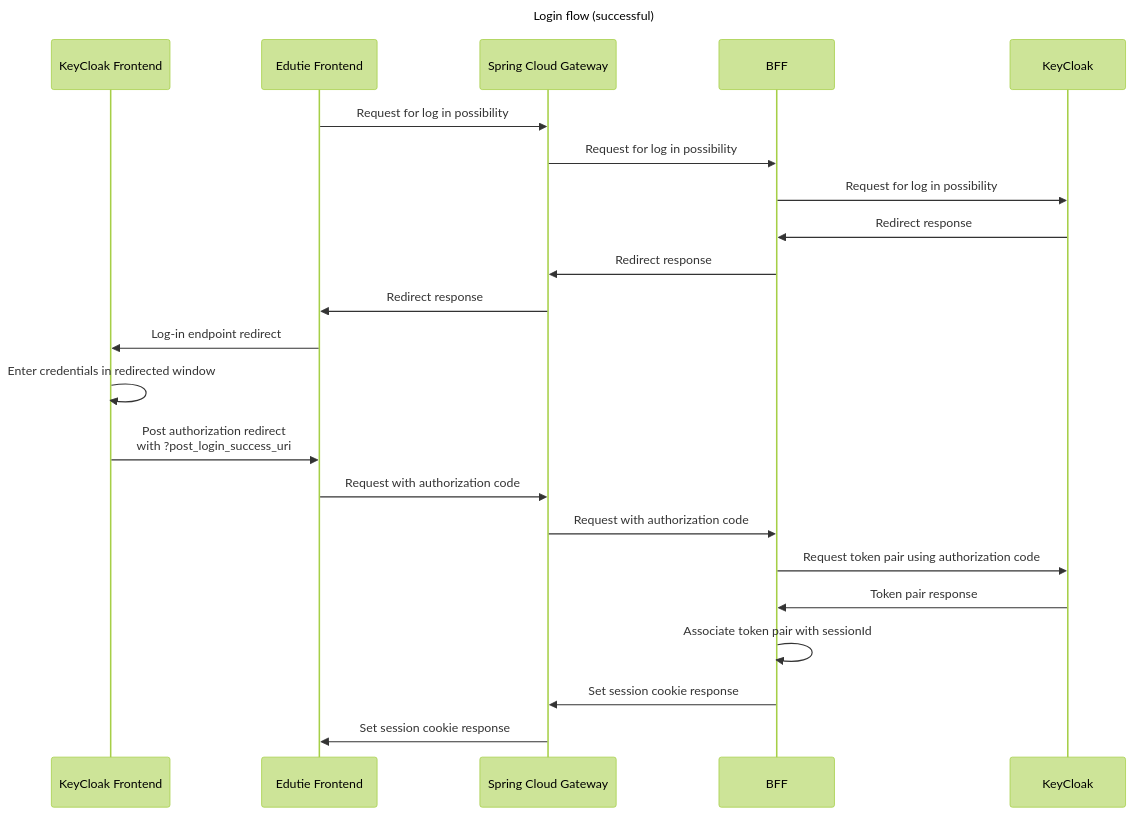
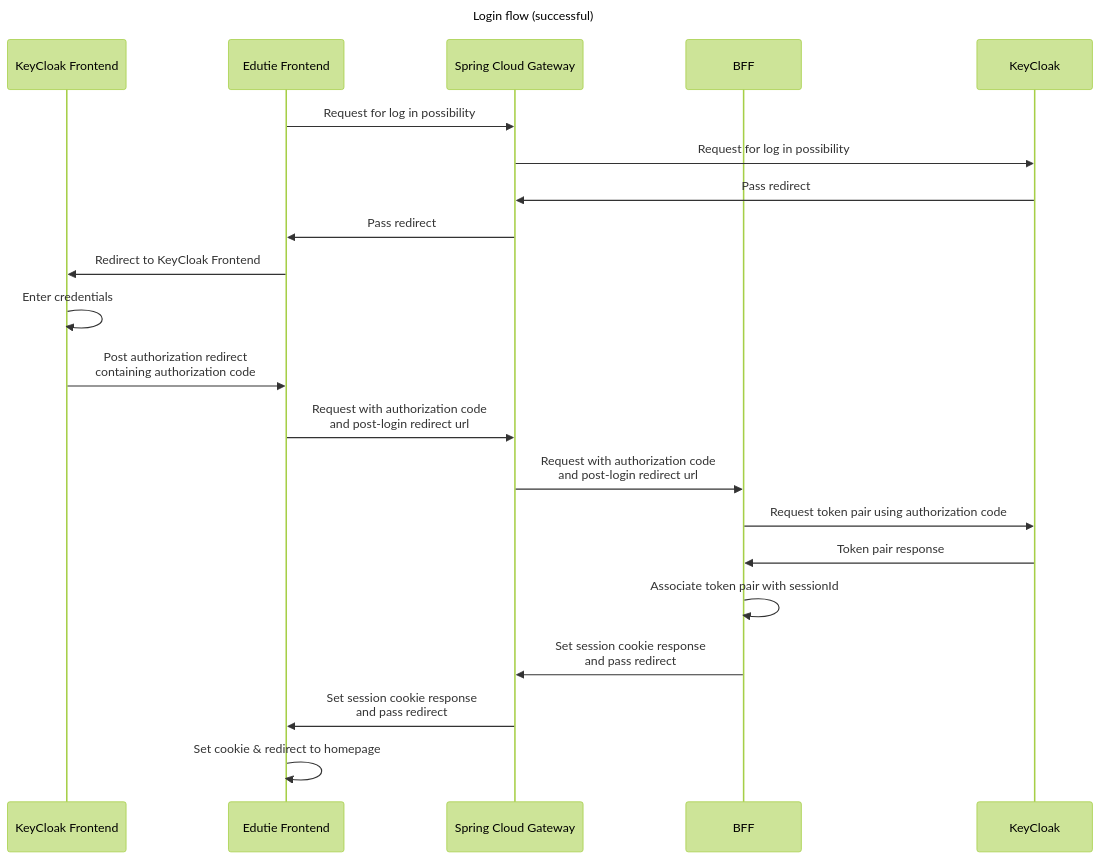
One commit to EdutieProject/edutie-backend changed the first of 2 diagrams in docs/auth/readme.md. Above: the diagram before and after it, drawn with Mermaid (forest theme).

Commit message:
Login mermaid alignment

````diff
--- a/docs/auth/readme.md
+++ b/docs/auth/readme.md
@@ -10,29 +10,28 @@
 ```mermaid
 ---
 title: Login flow (successful)
 ---
 sequenceDiagram
-    participant KeyCloak Frontend
+   participant KeyCloak Frontend
     participant Edutie Frontend
     participant Spring Cloud Gateway
     participant BFF
     participant KeyCloak
     
     Edutie Frontend->>Spring Cloud Gateway: Request for log in possibility
-    Spring Cloud Gateway->>BFF: Request for log in possibility
-    BFF->>KeyCloak: Request for log in possibility
-    KeyCloak->>BFF: Redirect response
-    BFF->>Spring Cloud Gateway : Redirect response
-    Spring Cloud Gateway->>Edutie Frontend: Redirect response
-    Edutie Frontend->>KeyCloak Frontend: Log-in endpoint redirect
-    KeyCloak Frontend->>KeyCloak Frontend: Enter credentials in redirected window
-    KeyCloak Frontend->>Edutie Frontend: Post authorization redirect <br/>with ?post_login_success_uri
+    Spring Cloud Gateway->>KeyCloak: Request for log in possibility
+    KeyCloak->>Spring Cloud Gateway : Pass redirect
+    Spring Cloud Gateway->>Edutie Frontend: Pass redirect
+    Edutie Frontend->>KeyCloak Frontend: Redirect to KeyCloak Frontend
+    KeyCloak Frontend->>KeyCloak Frontend: Enter credentials
+    KeyCloak Frontend->>Edutie Frontend: Post authorization redirect<br/> containing authorization code
 %% TODO: verify networking in below authentication %%
-    Edutie Frontend->>Spring Cloud Gateway: Request with authorization code
-    Spring Cloud Gateway->>BFF: Request with authorization code
+    Edutie Frontend->>Spring Cloud Gateway: Request with authorization code <br/>and post-login redirect url
+    Spring Cloud Gateway->>BFF: Request with authorization code <br/>and post-login redirect url
     BFF->>KeyCloak: Request token pair using authorization code
     KeyCloak->>BFF: Token pair response
     BFF->>BFF: Associate token pair with sessionId
-    BFF->>Spring Cloud Gateway: Set session cookie response
-    Spring Cloud Gateway->>Edutie Frontend: Set session cookie response
+    BFF->>Spring Cloud Gateway: Set session cookie response<br/> and pass redirect
+    Spring Cloud Gateway->>Edutie Frontend: Set session cookie response<br/> and pass redirect
+    Edutie Frontend->>Edutie Frontend: Set cookie & redirect to homepage
 ```
````
